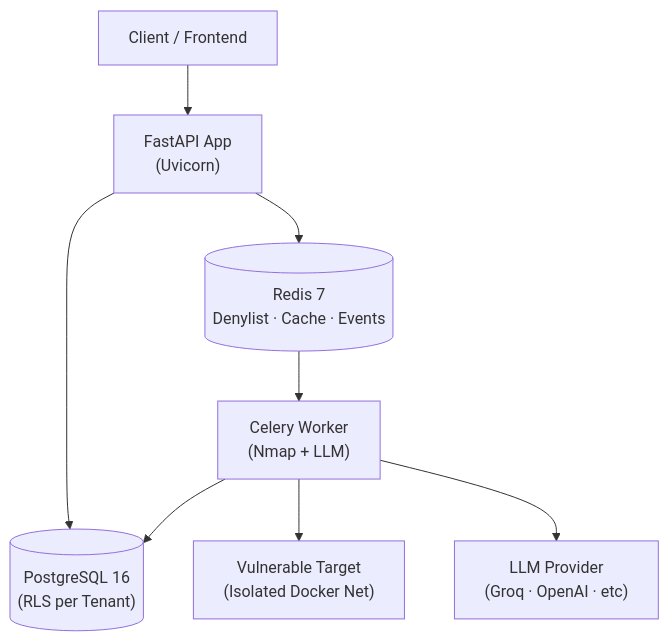
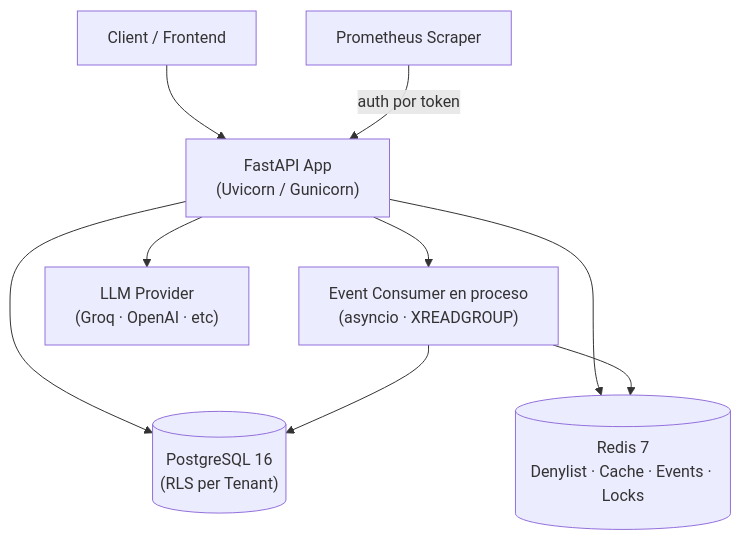
Before and after one commit to Dani1lopez/soc360-pymes: the first of 3 diagrams in README.es.md, drawn with Mermaid. The commit also changed other lines of this file and 2 other files, not shown here.

````diff
--- a/README.es.md
+++ b/README.es.md
@@ -55,10 +57,11 @@
 ```mermaid
 graph TB
-    Client["Client / Frontend"] --> API["FastAPI App<br/>(Uvicorn)"]
+    Client["Client / Frontend"] --> API["FastAPI App<br/>(Uvicorn / Gunicorn)"]
     API --> PG[("PostgreSQL 16<br/>(RLS per Tenant)")]
-    API --> Redis[("Redis 7<br/>Denylist · Cache · Events")]
-    Redis --> Worker["Celery Worker<br/>(Nmap + LLM)"]
-    Worker --> Target["Vulnerable Target<br/>(Isolated Docker Net)"]
-    Worker --> PG
-    Worker --> LLM["LLM Provider<br/>(Groq · OpenAI · etc)"]
+    API --> Redis[("Redis 7<br/>Denylist · Cache · Events · Locks")]
+    API --> Consumer["Event Consumer en proceso<br/>(asyncio · XREADGROUP)"]
+    Consumer --> Redis
+    Consumer --> PG
+    API --> LLM["LLM Provider<br/>(Groq · OpenAI · etc)"]
+    Scraper["Prometheus Scraper"] -->|auth por token| API
 ```
````
